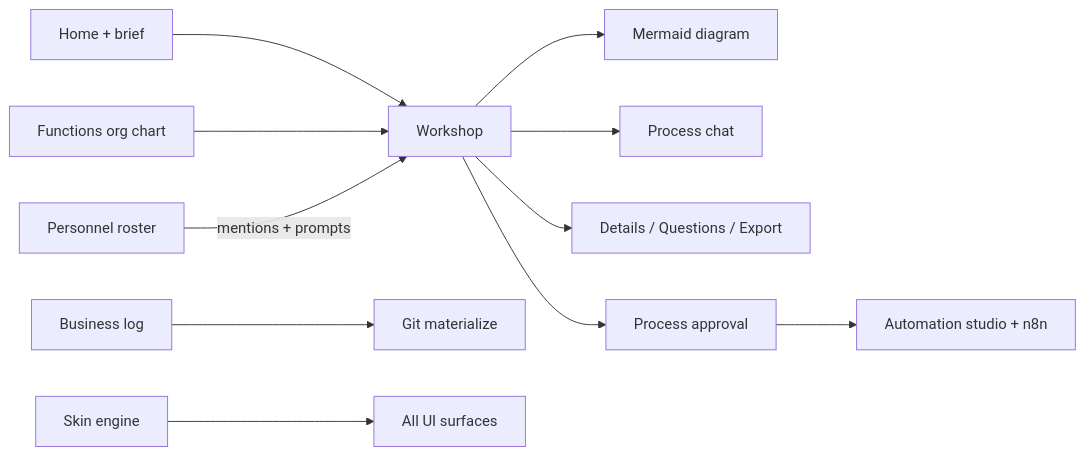
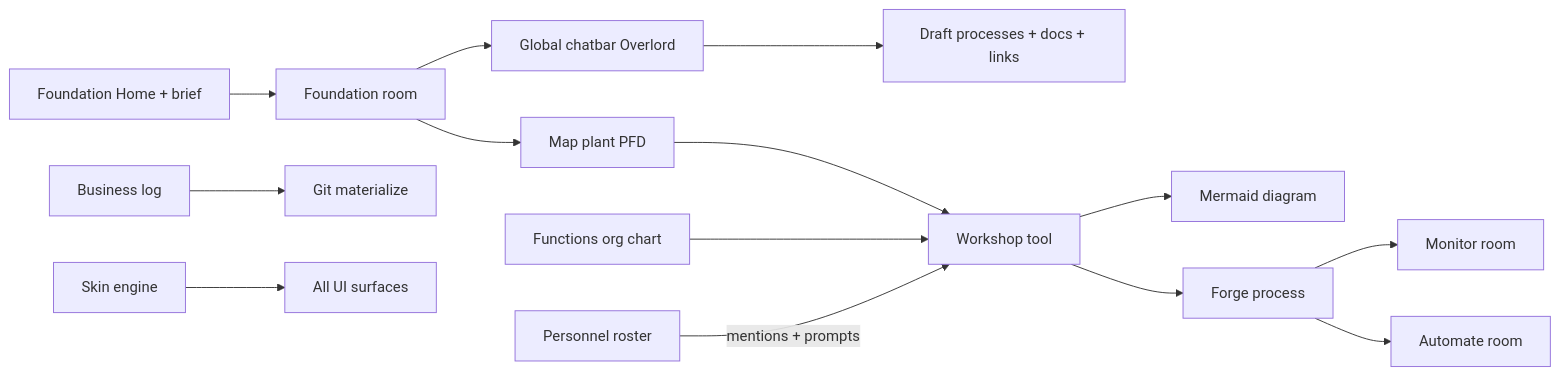
The first of 2 diagrams in docs/references/audit.md (karmsheel/hermes-forge), drawn with Mermaid before and after one commit. The commit also changed other lines of this file and 1 other file, not shown here.

````diff
--- a/docs/references/audit.md
+++ b/docs/references/audit.md
@@ -34,13 +35,16 @@
 ```mermaid
 flowchart LR
-  Home["Home + brief"] --> Workshop["Workshop"]
+  Home["Foundation Home + brief"] --> Foundation["Foundation room"]
+  Foundation --> Studio["Global chatbar Overlord"]
+  Studio --> Drafts["Draft processes + docs + links"]
+  Foundation --> Map["Map plant PFD"]
+  Map --> Workshop["Workshop tool"]
   Workshop --> Diagram["Mermaid diagram"]
-  Workshop --> Chat["Process chat"]
-  Workshop --> Tabs["Details / Questions / Export"]
-  Workshop --> Approve["Process approval"]
-  Approve --> Auto["Automation studio + n8n"]
+  Workshop --> Forge["Forge process"]
+  Forge --> Monitor["Monitor room"]
+  Forge --> Automate["Automate room"]
   Functions["Functions org chart"] --> Workshop
   Personnel["Personnel roster"] -->|"mentions + prompts"| Workshop
   Log["Business log"] --> GitExport["Git materialize"]
   Themes["Skin engine"] --> UI["All UI surfaces"]
 ```
````
